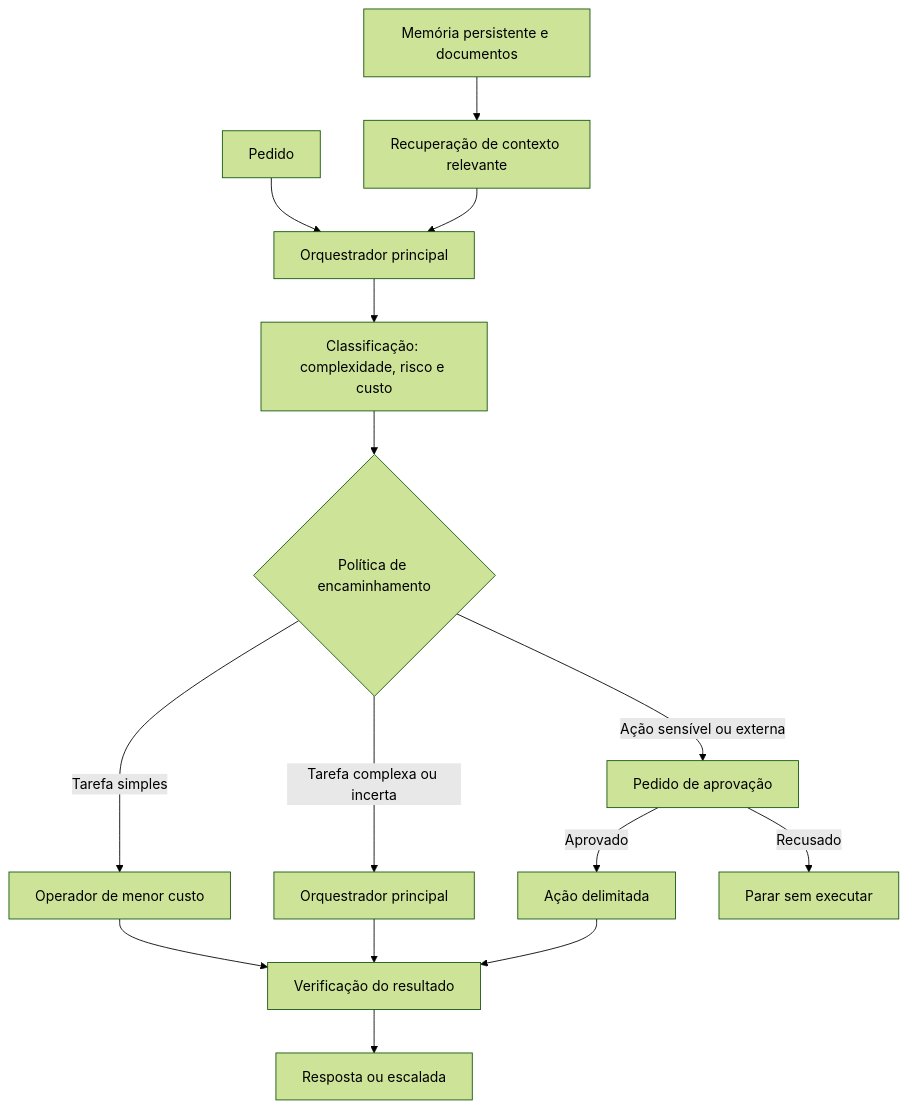
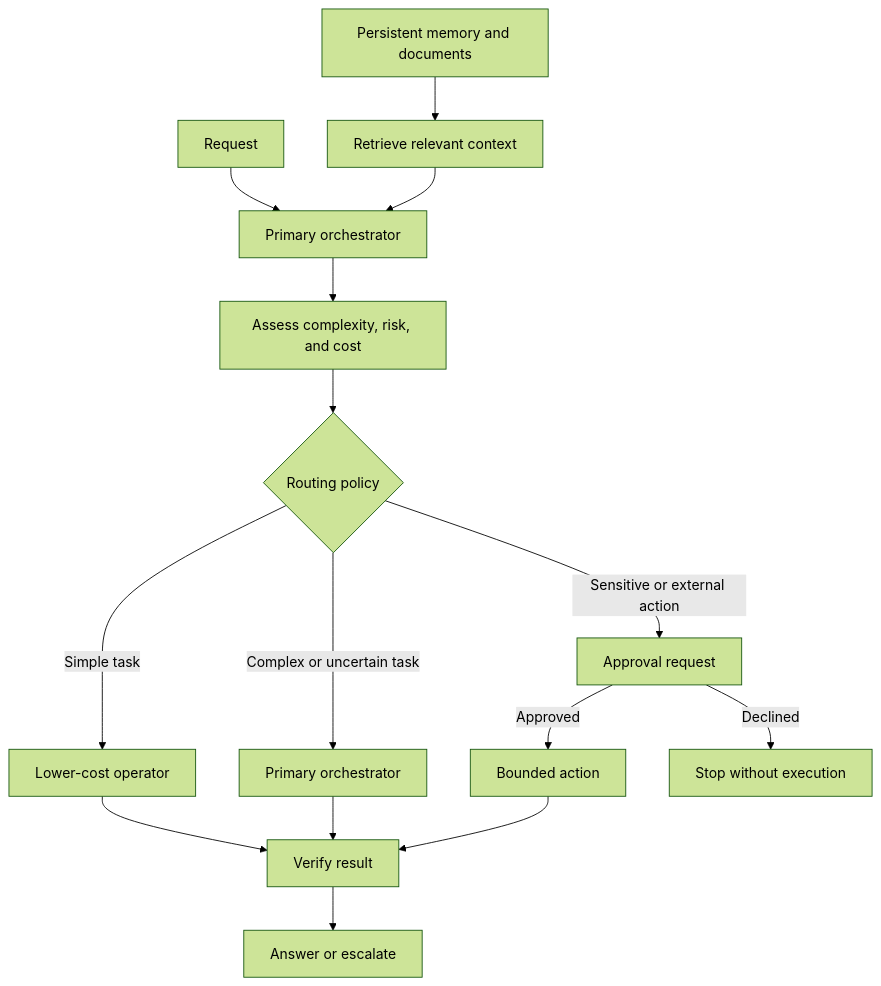
The diagram in case-studies/jarvis-omniroute.md (WhiteBlindness/WhiteBlindness), drawn with Mermaid (forest theme) before and after one commit. The commit also changed other lines of this file and 1 other file, not shown here.

````diff
--- a/case-studies/jarvis-omniroute.md
+++ b/case-studies/jarvis-omniroute.md
@@ -15,17 +15,17 @@
 ```mermaid
 flowchart TD
-    A[Pedido] --> B[Orquestrador principal]
-    B --> C[Classificação: complexidade, risco e custo]
-    C --> D{Política de encaminhamento}
-    D -->|Tarefa simples| E[Operador de menor custo]
-    D -->|Tarefa complexa ou incerta| F[Orquestrador principal]
-    D -->|Ação sensível ou externa| G[Pedido de aprovação]
-    E --> H[Verificação do resultado]
+    A[Request] --> B[Primary orchestrator]
+    B --> C[Assess complexity, risk, and cost]
+    C --> D{Routing policy}
+    D -->|Simple task| E[Lower-cost operator]
+    D -->|Complex or uncertain task| F[Primary orchestrator]
+    D -->|Sensitive or external action| G[Approval request]
+    E --> H[Verify result]
     F --> H
-    G -->|Aprovado| I[Ação delimitada]
+    G -->|Approved| I[Bounded action]
     I --> H
-    G -->|Recusado| J[Parar sem executar]
-    H --> K[Resposta ou escalada]
-    L[Memória persistente e documentos] --> M[Recuperação de contexto relevante]
+    G -->|Declined| J[Stop without execution]
+    H --> K[Answer or escalate]
+    L[Persistent memory and documents] --> M[Retrieve relevant context]
     M --> B
 ```
````
